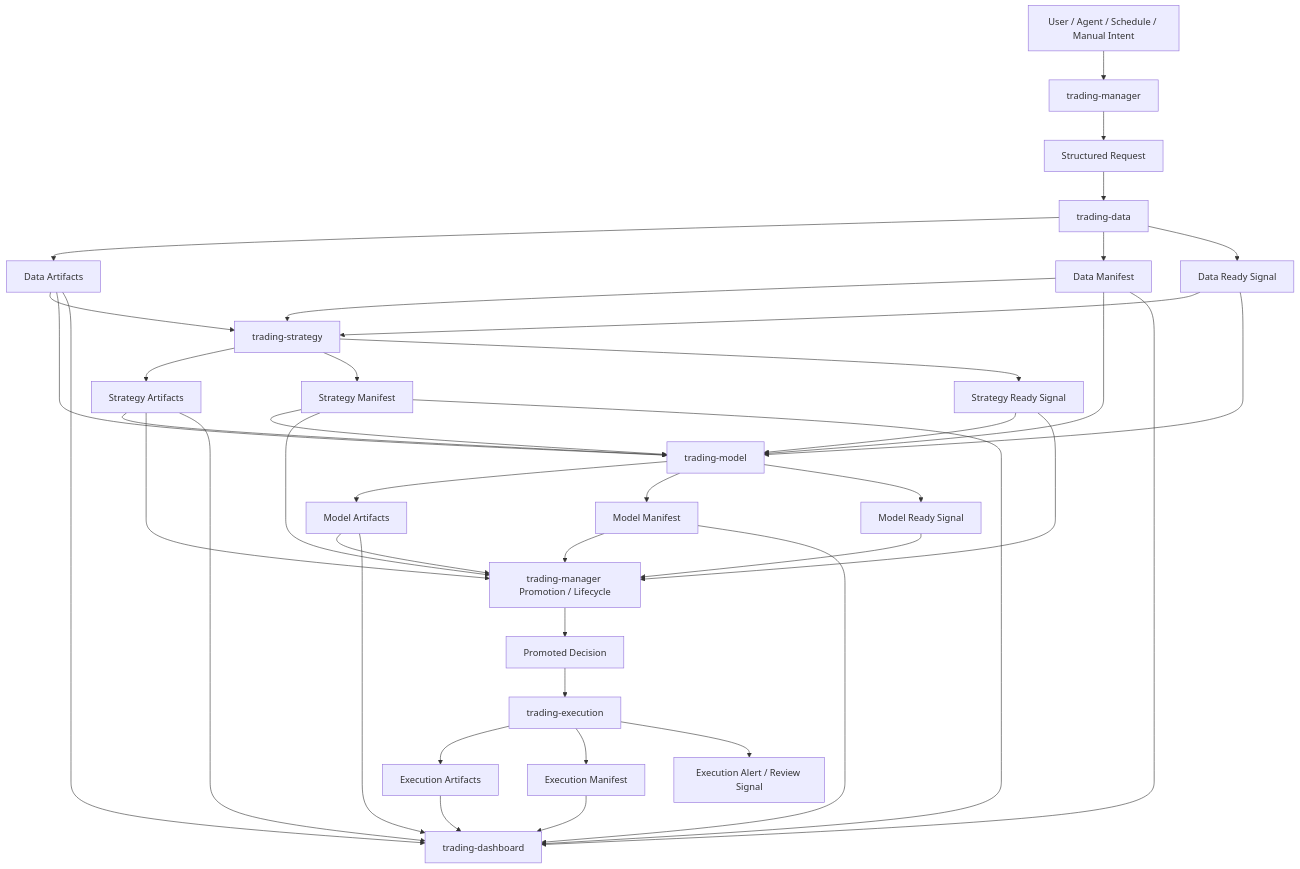
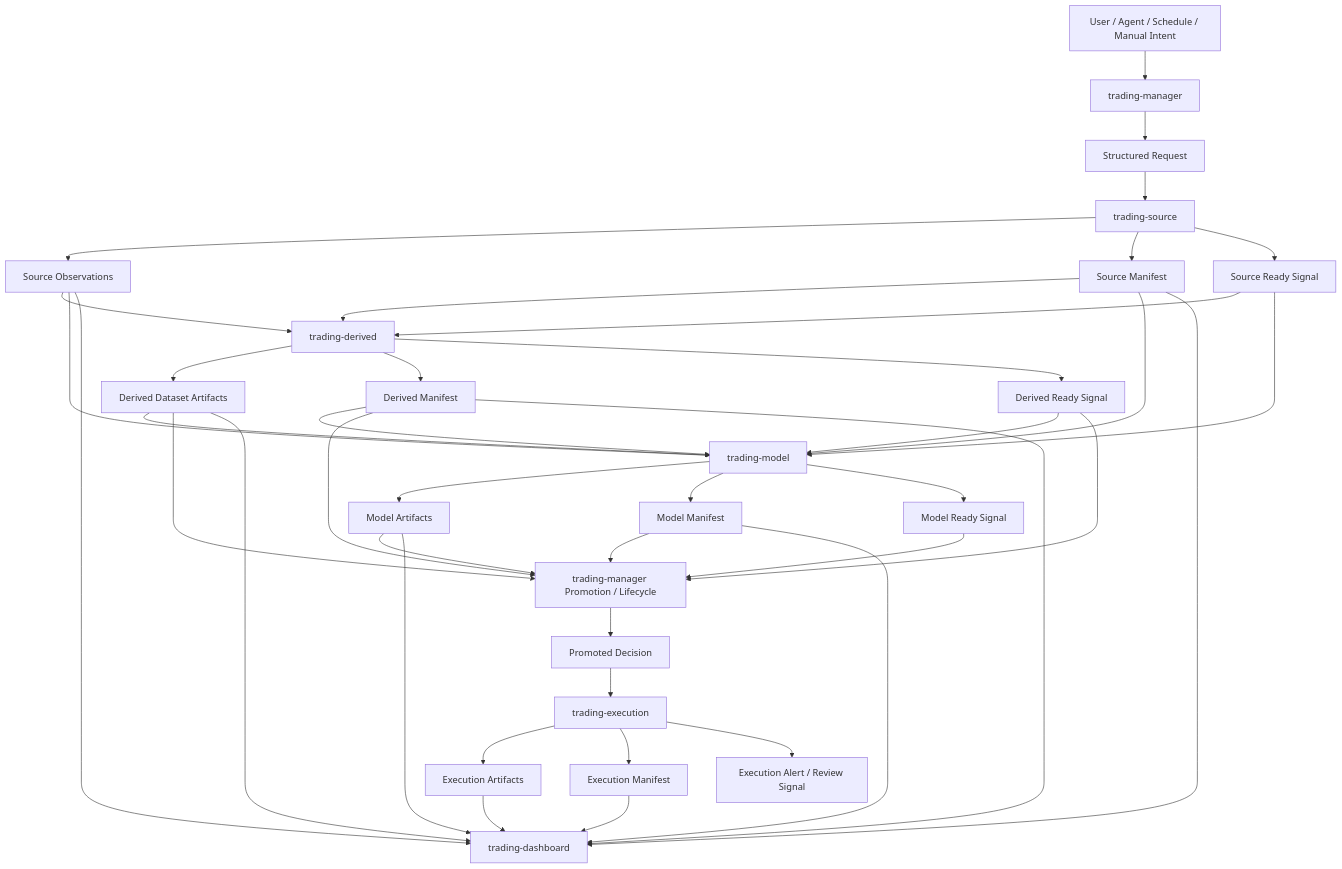
The diagram in docs/02_workflow.md (gilmore307/trading-manager), drawn with Mermaid before and after one commit. The commit also changed other lines of this file and 12 other files, not shown here.

Commit message:
Register trading-source and trading-derived repositories

````diff
--- a/docs/02_workflow.md
+++ b/docs/02_workflow.md
@@ -62,52 +62,52 @@
 ```mermaid
 flowchart TD
   A[User / Agent / Schedule / Manual Intent] --> B[trading-manager]
   B --> C[Structured Request]
-  C --> D[trading-data]
-  D --> E[Data Artifacts]
-  D --> F[Data Manifest]
-  D --> G[Data Ready Signal]
+  C --> D[trading-source]
+  D --> E[Source Observations]
+  D --> F[Source Manifest]
+  D --> G[Source Ready Signal]
 
-  E --> H[trading-strategy]
+  E --> H[trading-derived]
   F --> H
   G --> H
 
   E --> I[trading-model]
   F --> I
   G --> I
 
-  H --> J[Strategy Artifacts]
-  H --> K[Strategy Manifest]
-  H --> L[Strategy Ready Signal]
+  H --> J[Derived Dataset Artifacts]
+  H --> K[Derived Manifest]
+  H --> L[Derived Ready Signal]
 
   J --> I
   K --> I
   L --> I
 
   I --> M[Model Artifacts]
   I --> N[Model Manifest]
   I --> O[Model Ready Signal]
 
   M --> P[trading-manager Promotion / Lifecycle]
   N --> P
   O --> P
   J --> P
   K --> P
   L --> P
 
   P --> Q[Promoted Decision]
   Q --> R[trading-execution]
 
   R --> S[Execution Artifacts]
   R --> T[Execution Manifest]
   R --> U[Execution Alert / Review Signal]
 
   E --> V[trading-dashboard]
   J --> V
   M --> V
   S --> V
   F --> V
   K --> V
   N --> V
   T --> V
 ```
````
